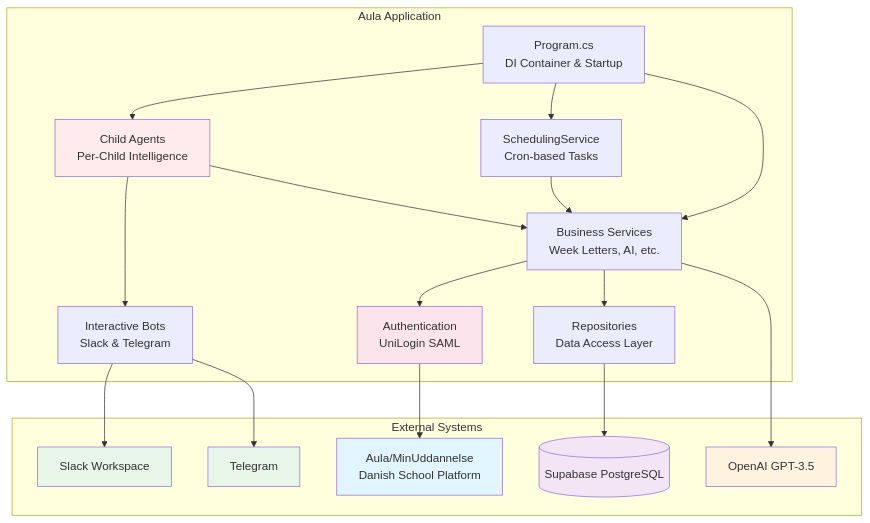
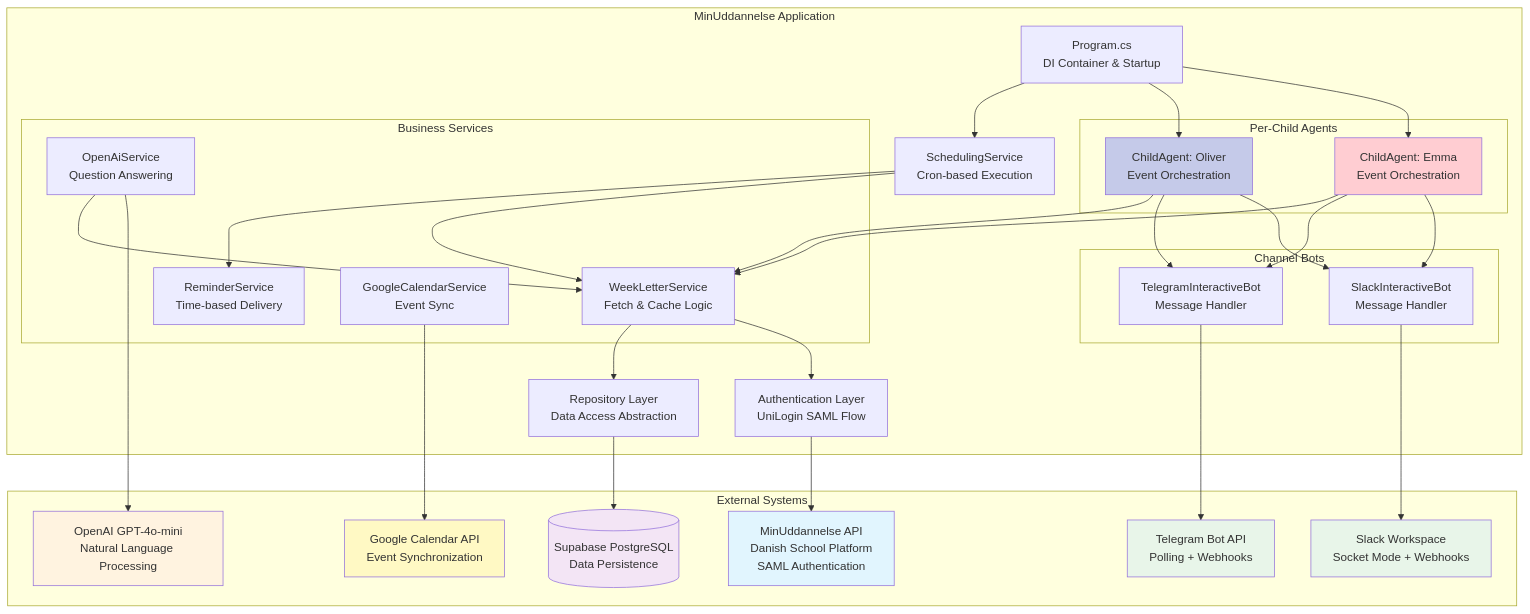
One commit to Hoejsgaard/aula changed the first of 10 diagrams in doc/ARCHITECTURE.md. Above: the diagram before and after it, drawn with Mermaid. The commit also changed other lines of this file and 5 other files, not shown here.

````diff
--- a/doc/ARCHITECTURE.md
+++ b/doc/ARCHITECTURE.md
@@ -20,47 +51,65 @@
 ```mermaid
 graph TB
     subgraph "External Systems"
-        AULA[Aula/MinUddannelse<br/>Danish School Platform]
-        SLACK[Slack Workspace]
-        TELEGRAM[Telegram]
-        OPENAI[OpenAI GPT-3.5]
-        SUPABASE[(Supabase PostgreSQL)]
+        AULA[MinUddannelse API<br/>Danish School Platform<br/>SAML Authentication]
+        SLACK[Slack Workspace<br/>Socket Mode + Webhooks]
+        TELEGRAM[Telegram Bot API<br/>Polling + Webhooks]
+        OPENAI[OpenAI GPT-4o-mini<br/>Natural Language Processing]
+        GCAL[Google Calendar API<br/>Event Synchronization]
+        SUPABASE[(Supabase PostgreSQL<br/>Data Persistence)]
     end
 
-    subgraph "Aula Application"
+    subgraph "MinUddannelse Application"
         PROGRAM[Program.cs<br/>DI Container & Startup]
-        AGENTS[Child Agents<br/>Per-Child Intelligence]
-        AUTH[Authentication<br/>UniLogin SAML]
-        SCHED[SchedulingService<br/>Cron-based Tasks]
-        SERVICES[Business Services<br/>Week Letters, AI, etc.]
-        BOTS[Interactive Bots<br/>Slack & Telegram]
-        REPOS[Repositories<br/>Data Access Layer]
+
+        subgraph "Per-Child Agents"
+            AGENT1[ChildAgent: Emma<br/>Event Orchestration]
+            AGENT2[ChildAgent: Oliver<br/>Event Orchestration]
+        end
+
+        AUTH[Authentication Layer<br/>UniLogin SAML Flow]
+        SCHED[SchedulingService<br/>Cron-based Execution]
+
+        subgraph "Business Services"
+            WL_SVC[WeekLetterService<br/>Fetch & Cache Logic]
+            AI_SVC[OpenAiService<br/>Question Answering]
+            REM_SVC[ReminderService<br/>Time-based Delivery]
+            CAL_SVC[GoogleCalendarService<br/>Event Sync]
+        end
+
+        subgraph "Channel Bots"
+            SLACK_BOT[SlackInteractiveBot<br/>Message Handler]
+            TG_BOT[TelegramInteractiveBot<br/>Message Handler]
+        end
+
+        REPOS[Repository Layer<br/>Data Access Abstraction]
     end
 
-    PROGRAM --> AGENTS
+    PROGRAM --> AGENT1 & AGENT2
     PROGRAM --> SCHED
-    PROGRAM --> SERVICES
 
-    AGENTS --> BOTS
-    AGENTS --> SERVICES
+    AGENT1 & AGENT2 --> SLACK_BOT & TG_BOT
+    AGENT1 & AGENT2 --> WL_SVC
 
-    AUTH --> AULA
-    SERVICES --> AUTH
-    SERVICES --> REPOS
-    SERVICES --> OPENAI
+    SCHED --> WL_SVC & REM_SVC
 
-    BOTS --> SLACK
-    BOTS --> TELEGRAM
+    WL_SVC --> AUTH --> AULA
+    WL_SVC --> REPOS
+    AI_SVC --> OPENAI
+    AI_SVC --> WL_SVC
+    CAL_SVC --> GCAL
+
+    SLACK_BOT --> SLACK
+    TG_BOT --> TELEGRAM
 
     REPOS --> SUPABASE
-
-    SCHED --> SERVICES
 
     style AULA fill:#e1f5fe
     style SLACK fill:#e8f5e9
     style TELEGRAM fill:#e8f5e9
     style OPENAI fill:#fff3e0
+    style GCAL fill:#fff9c4
     style SUPABASE fill:#f3e5f5
-    style AGENTS fill:#ffebee
-    style AUTH fill:#fce4ec
+    style AGENT1 fill:#ffcdd2
+    style AGENT2 fill:#c5cae9
 ```
````
